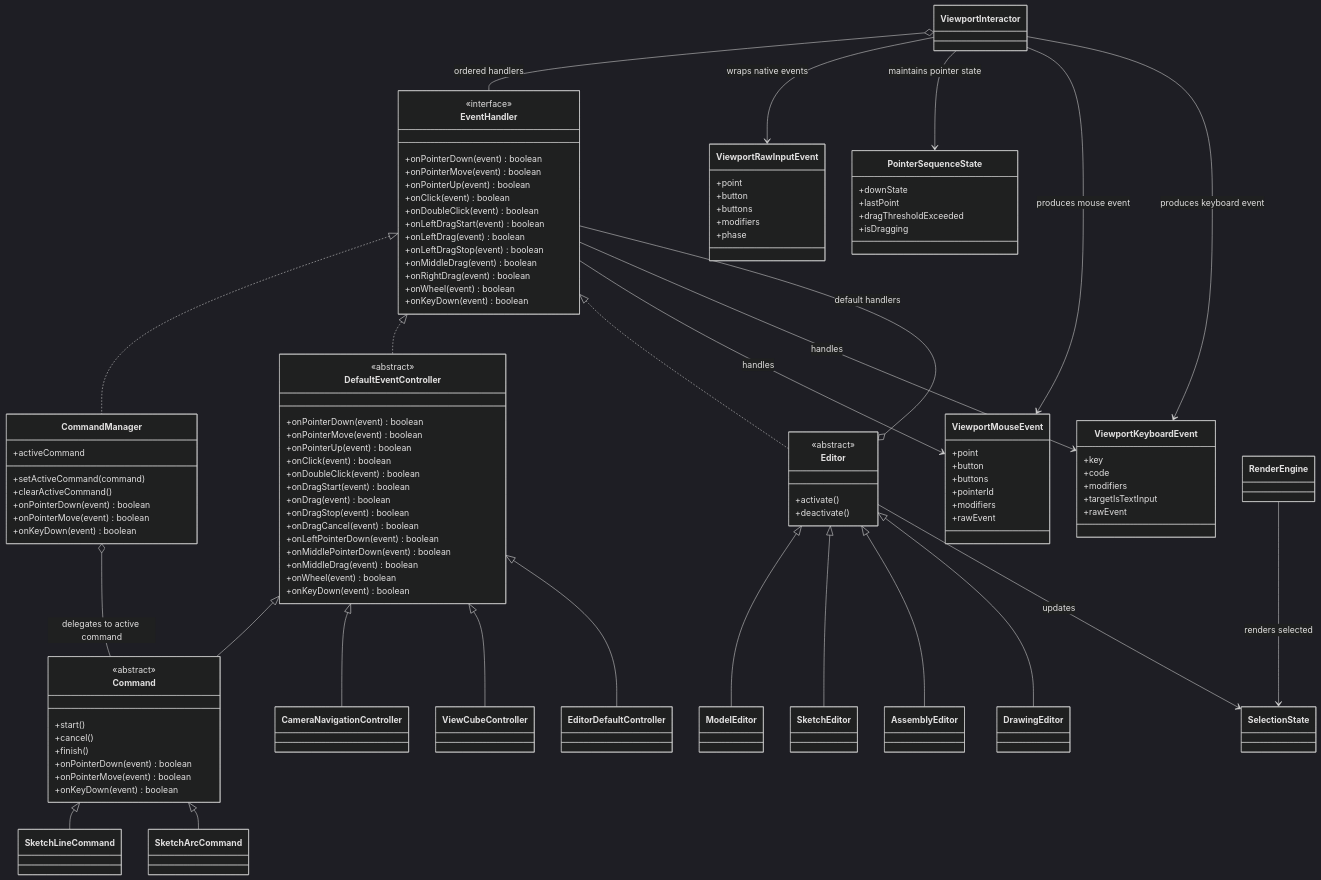
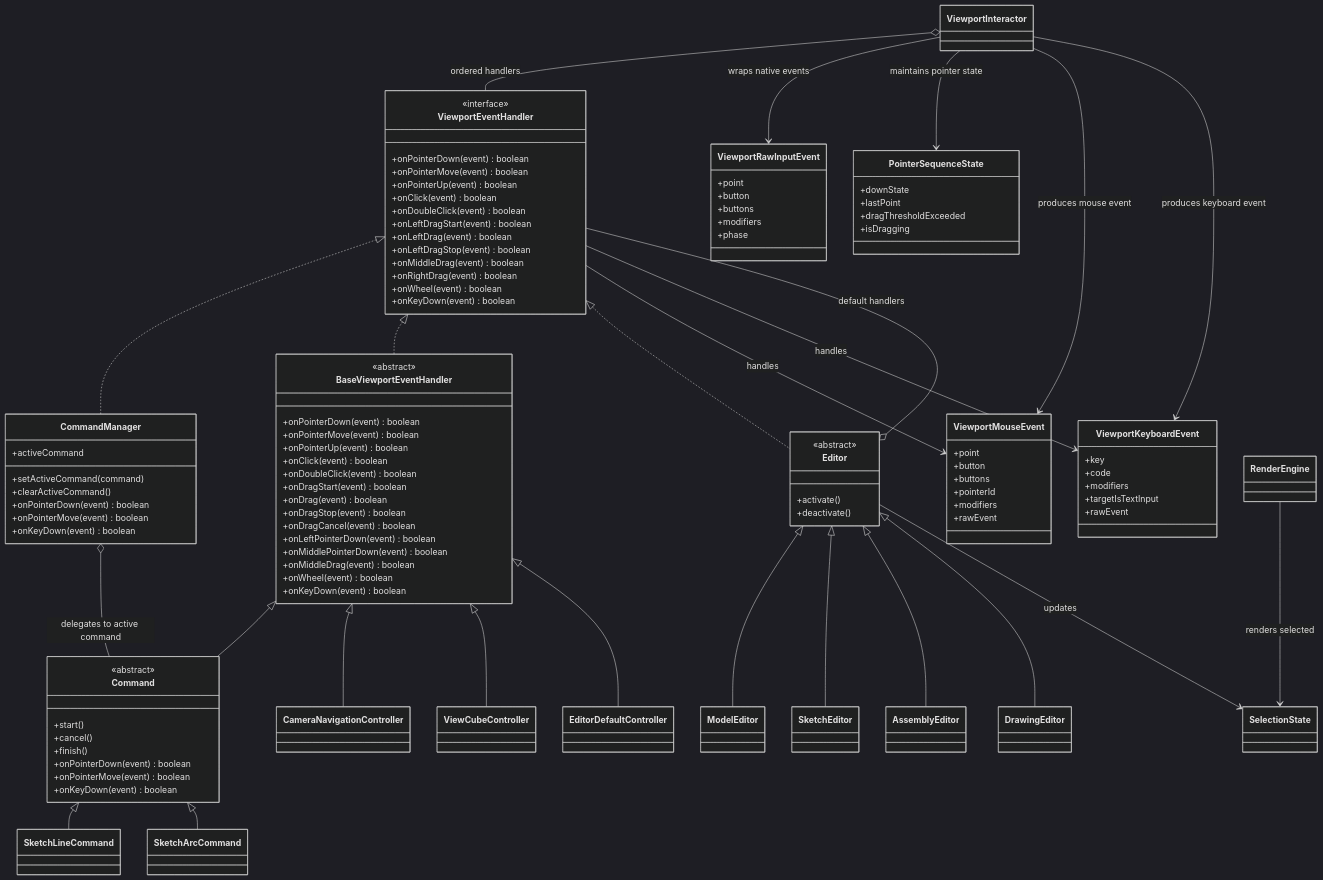
The diagram in docs/2026-06-12 视口事件系统架构重构草案.md (genewanggang-sudo/occt-draw-web), drawn with Mermaid (dark theme) before and after one commit. The commit also changed other lines of this file and 23 other files, not shown here.

Commit message:
refactor: clarify editor viewport event architecture

````diff
--- a/docs/2026-06-12 视口事件系统架构重构草案.md
+++ b/docs/2026-06-12 视口事件系统架构重构草案.md
@@ -91,6 +92,6 @@
 ```mermaid
 classDiagram
-    class EventHandler {
+    class ViewportEventHandler {
       <<interface>>
       +onPointerDown(event) boolean
       +onPointerMove(event) boolean
@@ -138,7 +139,7 @@
       +isDragging
     }
 
-    class DefaultEventController {
+    class BaseViewportEventHandler {
       <<abstract>>
       +onPointerDown(event) boolean
       +onPointerMove(event) boolean
@@ -194,30 +195,30 @@
     class SelectionState
     class RenderEngine
 
-    EventHandler <|.. CommandManager
-    EventHandler <|.. DefaultEventController
-    EventHandler <|.. Editor
+    ViewportEventHandler <|.. CommandManager
+    ViewportEventHandler <|.. BaseViewportEventHandler
+    ViewportEventHandler <|.. Editor
 
-    DefaultEventController <|-- Command
+    BaseViewportEventHandler <|-- Command
     Command <|-- SketchLineCommand
     Command <|-- SketchArcCommand
-    DefaultEventController <|-- CameraNavigationController
-    DefaultEventController <|-- ViewCubeController
-    DefaultEventController <|-- EditorDefaultController
+    BaseViewportEventHandler <|-- CameraNavigationController
+    BaseViewportEventHandler <|-- ViewCubeController
+    BaseViewportEventHandler <|-- EditorDefaultController
     Editor <|-- ModelEditor
     Editor <|-- SketchEditor
     Editor <|-- AssemblyEditor
     Editor <|-- DrawingEditor
 
-    ViewportInteractor o-- EventHandler : ordered handlers
+    ViewportInteractor o-- ViewportEventHandler : ordered handlers
     ViewportInteractor --> ViewportRawInputEvent : wraps native events
     ViewportInteractor --> PointerSequenceState : maintains pointer state
     ViewportInteractor --> ViewportMouseEvent : produces mouse event
     ViewportInteractor --> ViewportKeyboardEvent : produces keyboard event
-    EventHandler --> ViewportMouseEvent : handles
-    EventHandler --> ViewportKeyboardEvent : handles
+    ViewportEventHandler --> ViewportMouseEvent : handles
+    ViewportEventHandler --> ViewportKeyboardEvent : handles
     CommandManager o-- Command : delegates to active command
-    Editor o-- EventHandler : default handlers
+    Editor o-- ViewportEventHandler : default handlers
     Editor --> SelectionState : updates
     RenderEngine --> SelectionState : renders selected
 ```
````
